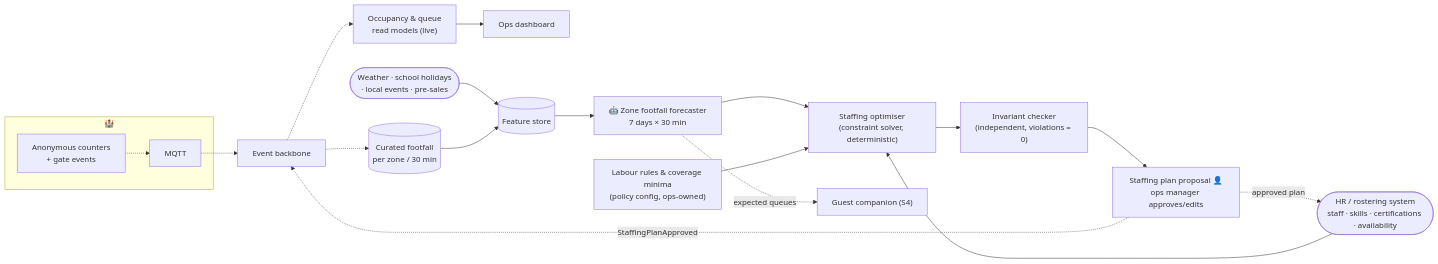
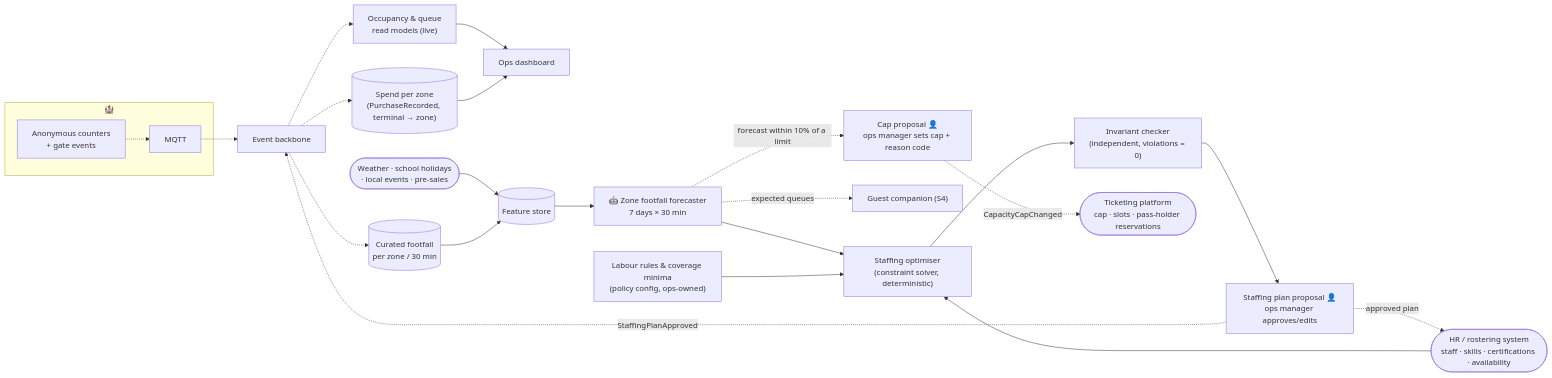
One commit to kr0k/katas changed the diagram in hld/scenarios/visitor-flow-forecasting/README.md. Above: the diagram before and after it, drawn with Mermaid. The commit also changed 20 other files, not shown here.

````diff
--- a/hld/scenarios/visitor-flow-forecasting/README.md
+++ b/hld/scenarios/visitor-flow-forecasting/README.md
@@ -16,20 +16,24 @@
 ```mermaid
 flowchart LR
     subgraph Estate["🏰"]
         Cnt["Anonymous counters<br/>+ gate events"] -.-> B["MQTT"]
     end
     B -.-> Bus["Event backbone"]
     Bus -.-> Occ["Occupancy & queue<br/>read models (live)"]
     Occ --> Dash["Ops dashboard"]
     Bus -.-> Cur[("Curated footfall<br/>per zone / 30 min")]
     Ext(["Weather · school holidays<br/>· local events · pre-sales"]) --> Feat[("Feature store")]
     Cur --> Feat --> Fc["🤖 Zone footfall forecaster<br/>7 days × 30 min"]
     Fc --> Opt["Staffing optimiser<br/>(constraint solver, deterministic)"]
     HR(["HR / rostering system<br/>staff · skills · certifications · availability"]) --> Opt
     Pol["Labour rules & coverage minima<br/>(policy config, ops-owned)"] --> Opt
     Opt --> Chk["Invariant checker<br/>(independent, violations = 0)"]
     Chk --> Plan["Staffing plan proposal 👤<br/>ops manager approves/edits"]
     Fc -. "expected queues" .-> Guest["Guest companion (S4)"]
     Plan -. "StaffingPlanApproved" .-> Bus
     Plan -. "approved plan" .-> HR
+    Bus -.-> Spend[("Spend per zone<br/>(PurchaseRecorded, terminal → zone)")]
+    Spend --> Dash
+    Fc -. "forecast within 10% of a limit" .-> Cap["Cap proposal 👤<br/>ops manager sets cap + reason code"]
+    Cap -. "CapacityCapChanged" .-> Tix(["Ticketing platform<br/>cap · slots · pass-holder reservations"])
 ```
````
